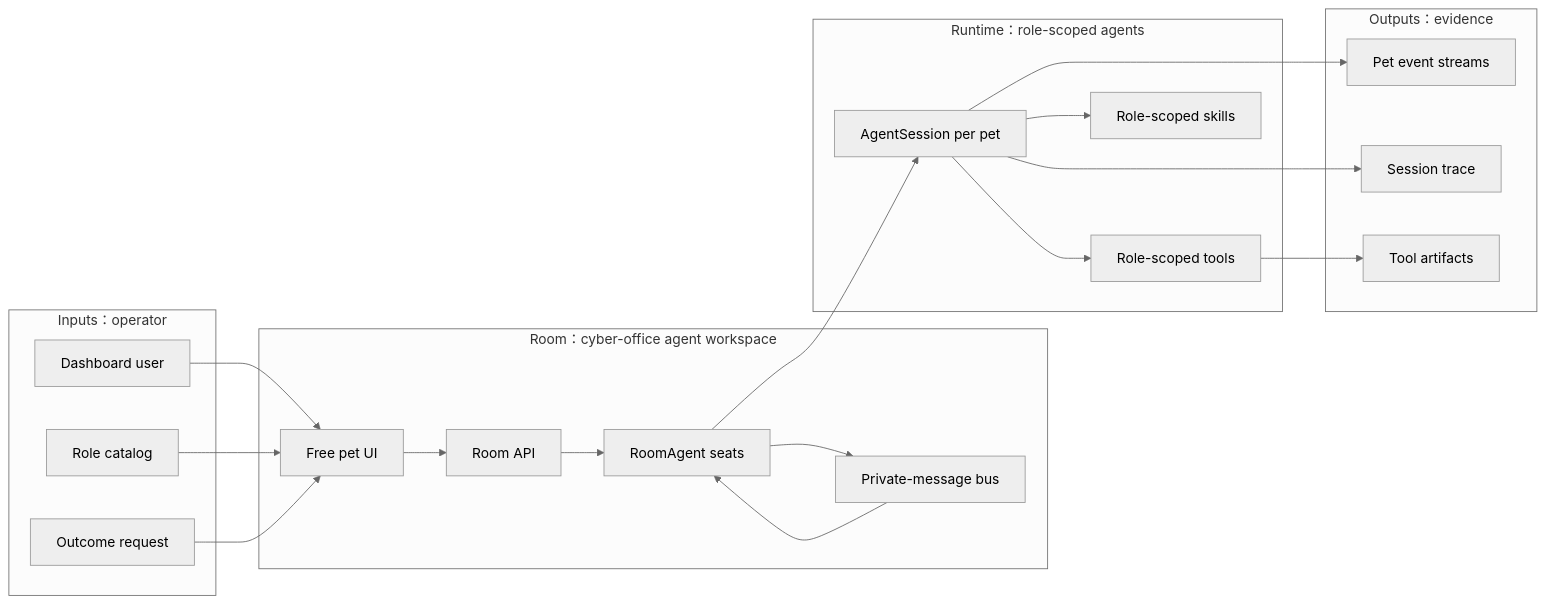
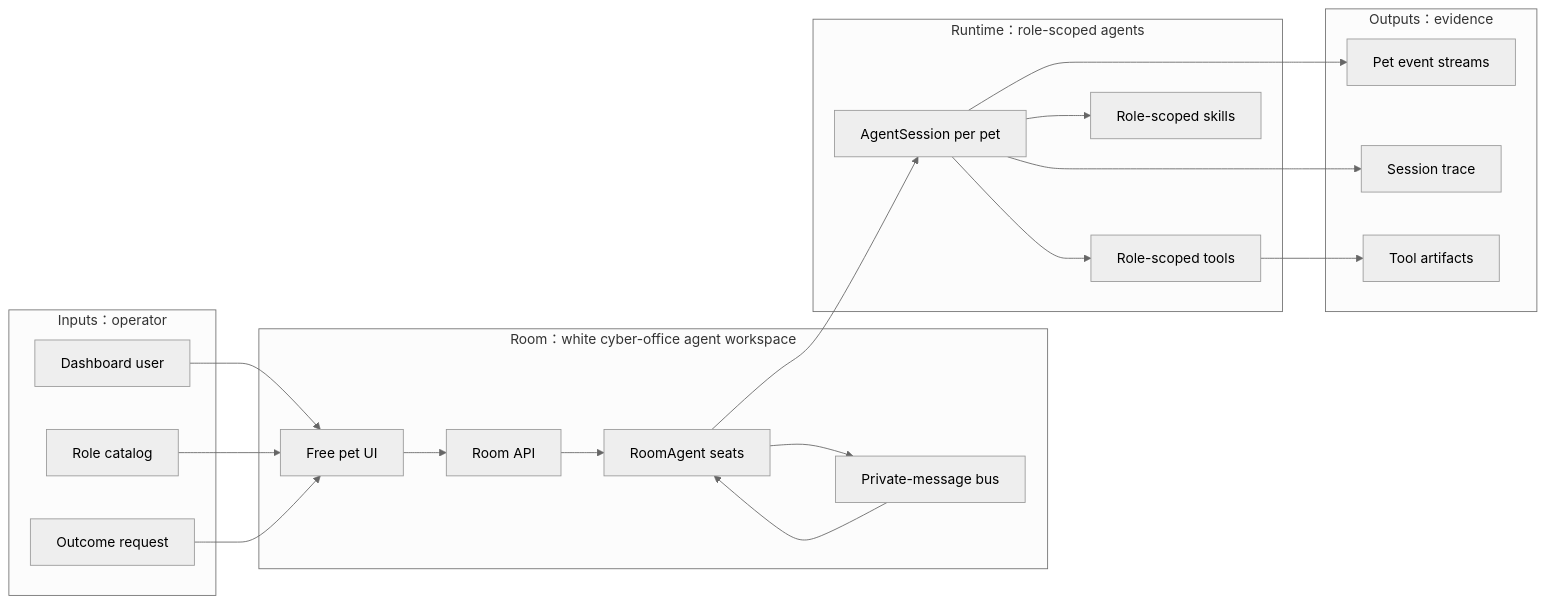
The diagram in dashboard/SPEC.md (fightheyyy/XiaoBa-CLI), drawn with Mermaid (neutral theme) before and after one commit. The commit also changed other lines of this file and 2 other files, not shown here.

Commit message:
Retune room to white cyber office

````diff
--- a/dashboard/SPEC.md
+++ b/dashboard/SPEC.md
@@ -27,41 +27,41 @@
 ```mermaid
 flowchart LR
     subgraph Inputs["Inputs：operator"]
         Human["Dashboard user"]
         Roles["Role catalog"]
         Mission["Outcome request"]
     end
 
-    subgraph Room["Room：cyber-office agent workspace"]
+    subgraph Room["Room：white cyber-office agent workspace"]
         UI["Free pet UI"]
         API["Room API"]
         Seats["RoomAgent seats"]
         PM["Private-message bus"]
     end
 
     subgraph Runtime["Runtime：role-scoped agents"]
         Sessions["AgentSession per pet"]
         Tools["Role-scoped tools"]
         Skills["Role-scoped skills"]
     end
 
     subgraph Outputs["Outputs：evidence"]
         SSE["Pet event streams"]
         Trace["Session trace"]
         Artifacts["Tool artifacts"]
     end
 
     Human --> UI
     Roles --> UI
     Mission --> UI
     UI --> API
     API --> Seats
     Seats --> PM
     PM --> Seats
     Seats --> Sessions
     Sessions --> Tools
     Sessions --> Skills
     Sessions --> SSE
     Tools --> Artifacts
     Sessions --> Trace
 ```
````
